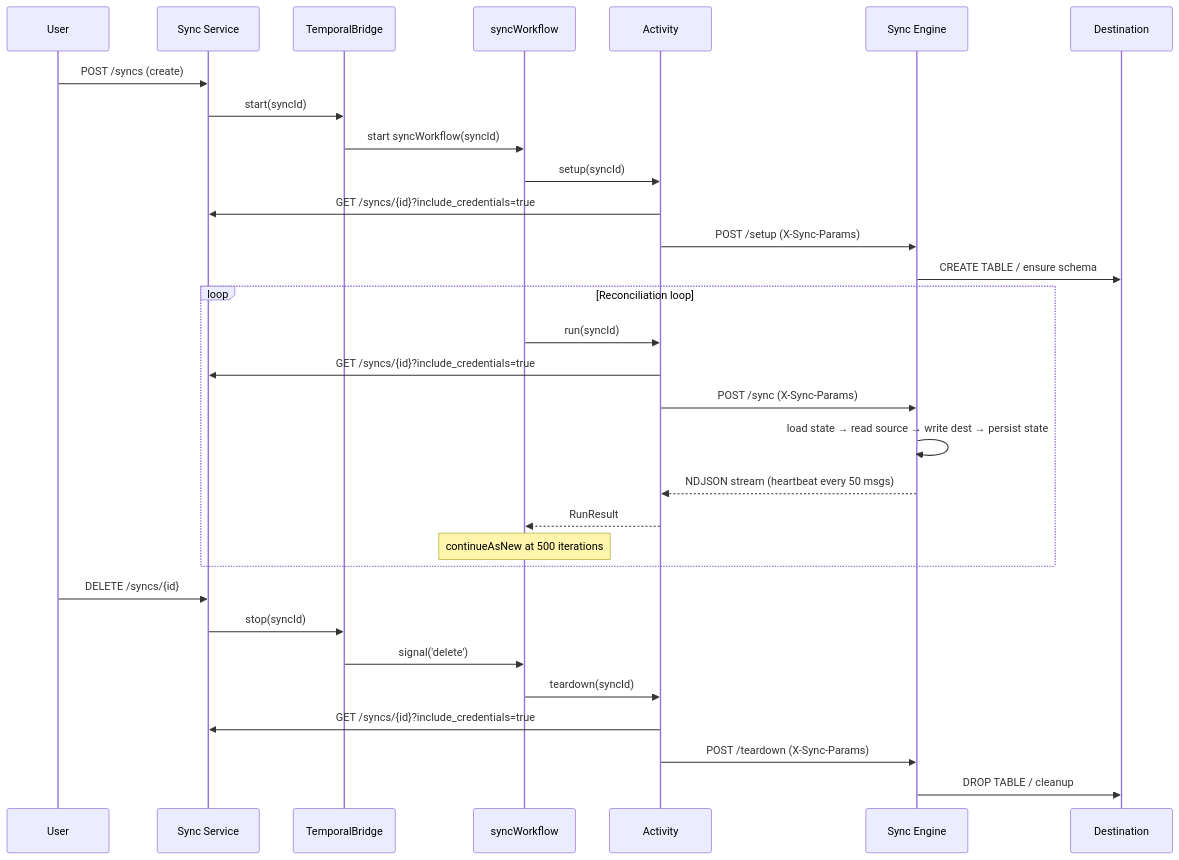
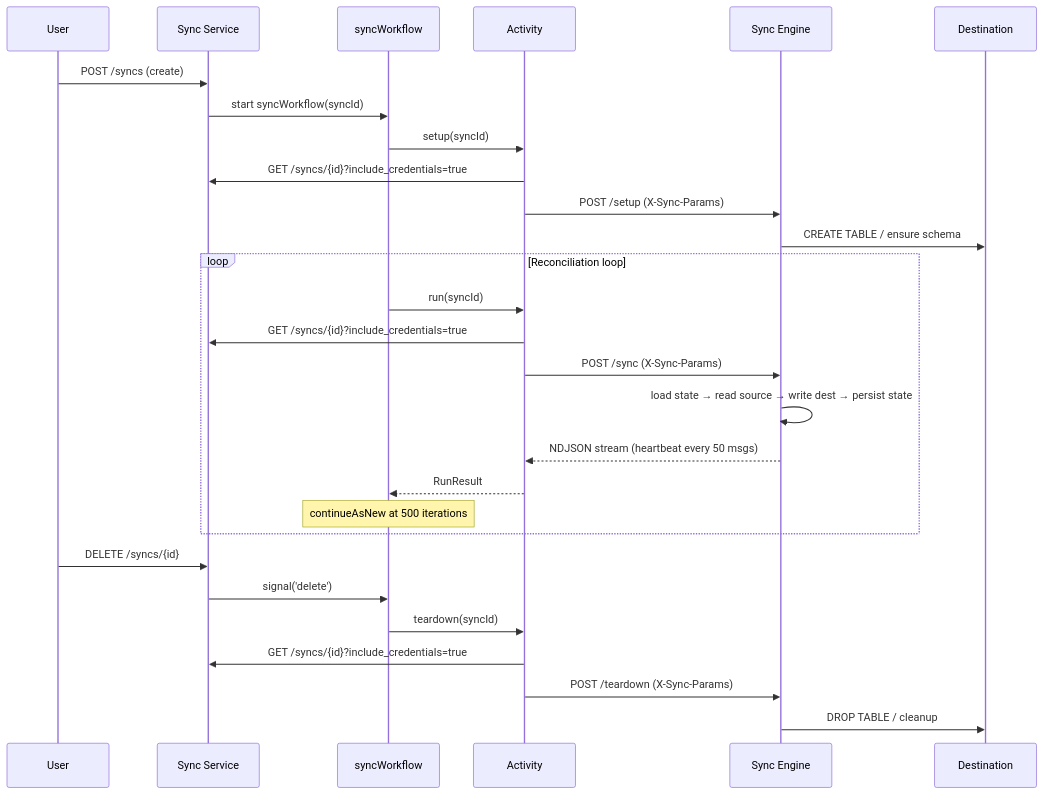
Before and after one commit to supabase/stripe-sync-engine: the fourth of 5 diagrams in docs/pages/service/temporal.md, drawn with Mermaid. The commit also changed other lines of this file and 49 other files, not shown here.

First line of the commit message:
docs: remove TemporalBridge as a named concept

````diff
--- a/docs/pages/service/temporal.md
+++ b/docs/pages/service/temporal.md
@@ -143,38 +132,35 @@
 ```mermaid
 sequenceDiagram
     participant User
     participant Service as Sync Service
-    participant Bridge as TemporalBridge
     participant Workflow as syncWorkflow
     participant Activity
     participant Engine as Sync Engine
     participant Dest as Destination
 
     User->>Service: POST /syncs (create)
-    Service->>Bridge: start(syncId)
-    Bridge->>Workflow: start syncWorkflow(syncId)
+    Service->>Workflow: start syncWorkflow(syncId)
 
     Workflow->>Activity: setup(syncId)
     Activity->>Service: GET /syncs/{id}?include_credentials=true
     Activity->>Engine: POST /setup (X-Sync-Params)
     Engine->>Dest: CREATE TABLE / ensure schema
 
     loop Reconciliation loop
         Workflow->>Activity: run(syncId)
         Activity->>Service: GET /syncs/{id}?include_credentials=true
         Activity->>Engine: POST /sync (X-Sync-Params)
         Engine->>Engine: load state → read source → write dest → persist state
         Engine-->>Activity: NDJSON stream (heartbeat every 50 msgs)
         Activity-->>Workflow: RunResult
         Note over Workflow: continueAsNew at 500 iterations
     end
 
     User->>Service: DELETE /syncs/{id}
-    Service->>Bridge: stop(syncId)
-    Bridge->>Workflow: signal('delete')
+    Service->>Workflow: signal('delete')
 
     Workflow->>Activity: teardown(syncId)
     Activity->>Service: GET /syncs/{id}?include_credentials=true
     Activity->>Engine: POST /teardown (X-Sync-Params)
     Engine->>Dest: DROP TABLE / cleanup
 ```
````
